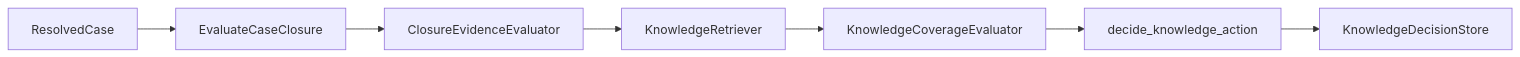
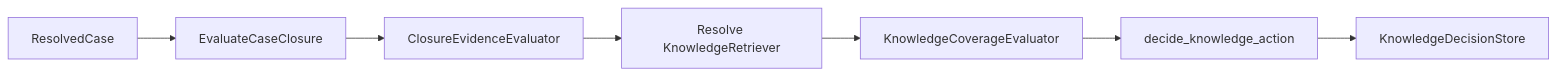
The third of 3 diagrams in docs/architecture/CODEBASE_MAP.md (kumarchandansingh/tropos), drawn with Mermaid before and after one commit. The commit also changed other lines of this file and 10 other files, not shown here.

````diff
--- a/docs/architecture/CODEBASE_MAP.md
+++ b/docs/architecture/CODEBASE_MAP.md
@@ -96,10 +117,10 @@
 ```mermaid
 flowchart LR
     Case[ResolvedCase]
     --> UseCase[EvaluateCaseClosure]
     --> Evidence[ClosureEvidenceEvaluator]
-    --> Retrieve[KnowledgeRetriever]
+    --> Retrieve[Resolve KnowledgeRetriever]
     --> Coverage[KnowledgeCoverageEvaluator]
     --> Policy[decide_knowledge_action]
     --> Store[KnowledgeDecisionStore]
 ```
````
